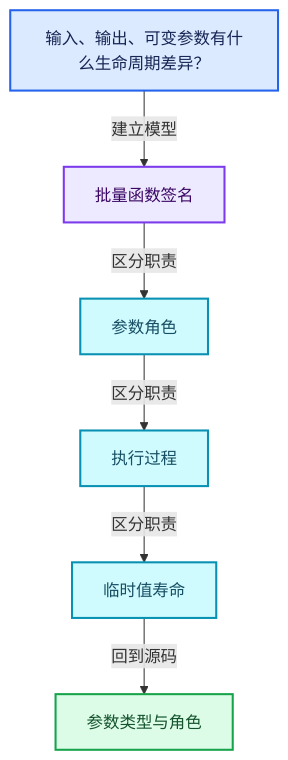
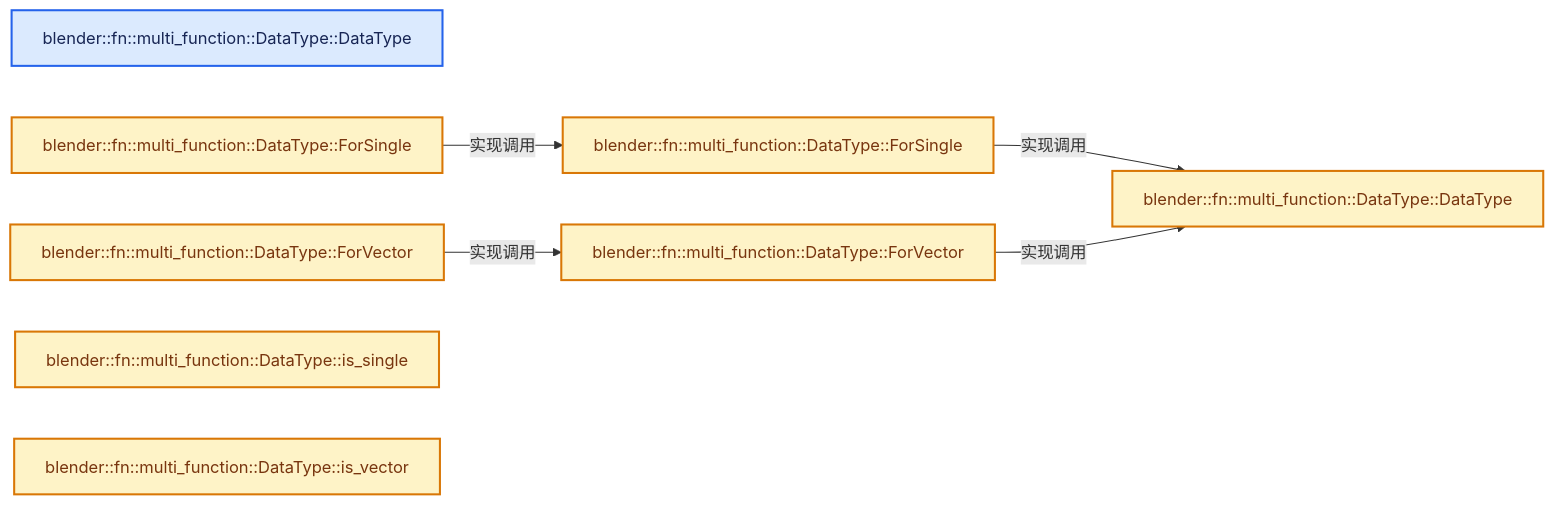
Before and after one commit to yunkezengren/blender-.vscode: the second of 4 diagrams in 杂/markdown/全面学习-codex/07-MultiFunction与批量执行/03-参数类型与角色.md, drawn with Mermaid. The commit also changed other lines of this file and 1930 other files, not shown here.

````diff
--- a/杂/markdown/全面学习-codex/07-MultiFunction与批量执行/03-参数类型与角色.md
+++ b/杂/markdown/全面学习-codex/07-MultiFunction与批量执行/03-参数类型与角色.md
@@ -61,20 +46,21 @@
 ```mermaid
-flowchart TB
-  Q["输入、输出、可变参数有什么生命周期差异？"]:::input
-  C0["批量函数签名"]:::abstraction
-  C1["参数角色"]:::data
-  C2["执行过程"]:::data
-  C3["临时值寿命"]:::data
-  R["参数类型与角色"]:::result
-  Q -->|"建立模型"| C0
-  C0 -->|"区分职责"| C1
-  C1 -->|"区分职责"| C2
-  C2 -->|"区分职责"| C3
-  C3 -->|"回到源码"| R
+flowchart LR
+  F0["blender::fn::multi_function::DataType::DataType"]:::input
+  F1["blender::fn::multi_function::DataType::DataType"]:::compute
+  F2["blender::fn::multi_function::DataType::ForSingle"]:::compute
+  F3["blender::fn::multi_function::DataType::ForVector"]:::compute
+  F4["blender::fn::multi_function::DataType::ForSingle"]:::compute
+  F5["blender::fn::multi_function::DataType::ForVector"]:::compute
+  F6["blender::fn::multi_function::DataType::is_single"]:::compute
+  F7["blender::fn::multi_function::DataType::is_vector"]:::compute
+  F2 -->|"实现调用"| F1
+  F3 -->|"实现调用"| F1
+  F4 -->|"实现调用"| F2
+  F5 -->|"实现调用"| F3
   classDef input fill:#DBEAFE,stroke:#2563EB,color:#172554,stroke-width:2px;
   classDef data fill:#CFFAFE,stroke:#0891B2,color:#164E63,stroke-width:2px;
   classDef abstraction fill:#EDE9FE,stroke:#7C3AED,color:#3B0764,stroke-width:2px;
   classDef compute fill:#FEF3C7,stroke:#D97706,color:#78350F,stroke-width:2px;
   classDef result fill:#DCFCE7,stroke:#16A34A,color:#14532D,stroke-width:2px;
   classDef error fill:#FEE2E2,stroke:#DC2626,color:#7F1D1D,stroke-width:2px;
 ```
````
